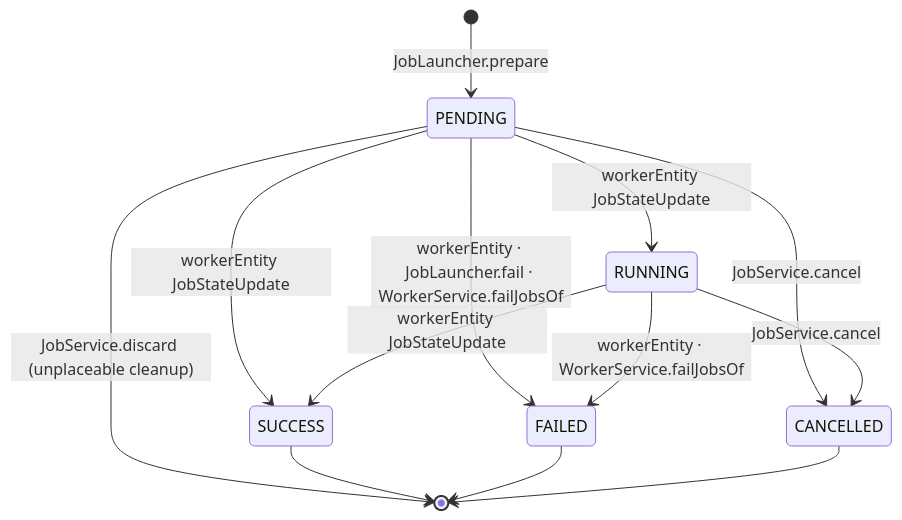
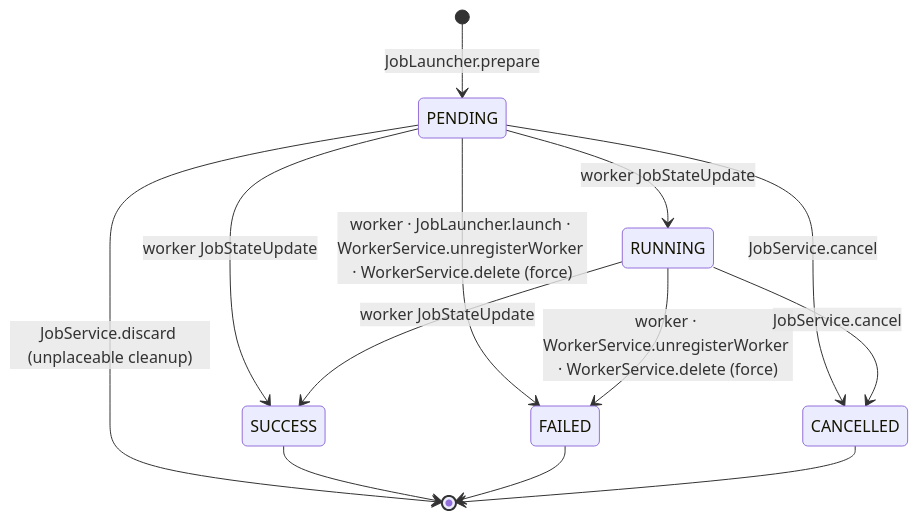
The third of 3 diagrams in agent-docs/job-lifecycle.md (iceBear67/prts-central), drawn with Mermaid before and after one commit. The commit also changed other lines of this file and 14 other files, not shown here.

````diff
--- a/agent-docs/job-lifecycle.md
+++ b/agent-docs/job-lifecycle.md
@@ -89,15 +89,15 @@
 ```mermaid
 stateDiagram-v2
     [*] --> PENDING: JobLauncher.prepare
-    PENDING --> RUNNING: workerEntity JobStateUpdate
-    PENDING --> SUCCESS: workerEntity JobStateUpdate
-    PENDING --> FAILED: workerEntity · JobLauncher.fail · WorkerService.failJobsOf
+    PENDING --> RUNNING: worker JobStateUpdate
+    PENDING --> SUCCESS: worker JobStateUpdate
+    PENDING --> FAILED: worker · JobLauncher.launch · WorkerService.unregisterWorker · WorkerService.delete (force)
     PENDING --> CANCELLED: JobService.cancel
     PENDING --> [*]: JobService.discard (unplaceable cleanup)
-    RUNNING --> SUCCESS: workerEntity JobStateUpdate
-    RUNNING --> FAILED: workerEntity · WorkerService.failJobsOf
+    RUNNING --> SUCCESS: worker JobStateUpdate
+    RUNNING --> FAILED: worker · WorkerService.unregisterWorker · WorkerService.delete (force)
     RUNNING --> CANCELLED: JobService.cancel
     SUCCESS --> [*]
     FAILED --> [*]
     CANCELLED --> [*]
 ```
````
